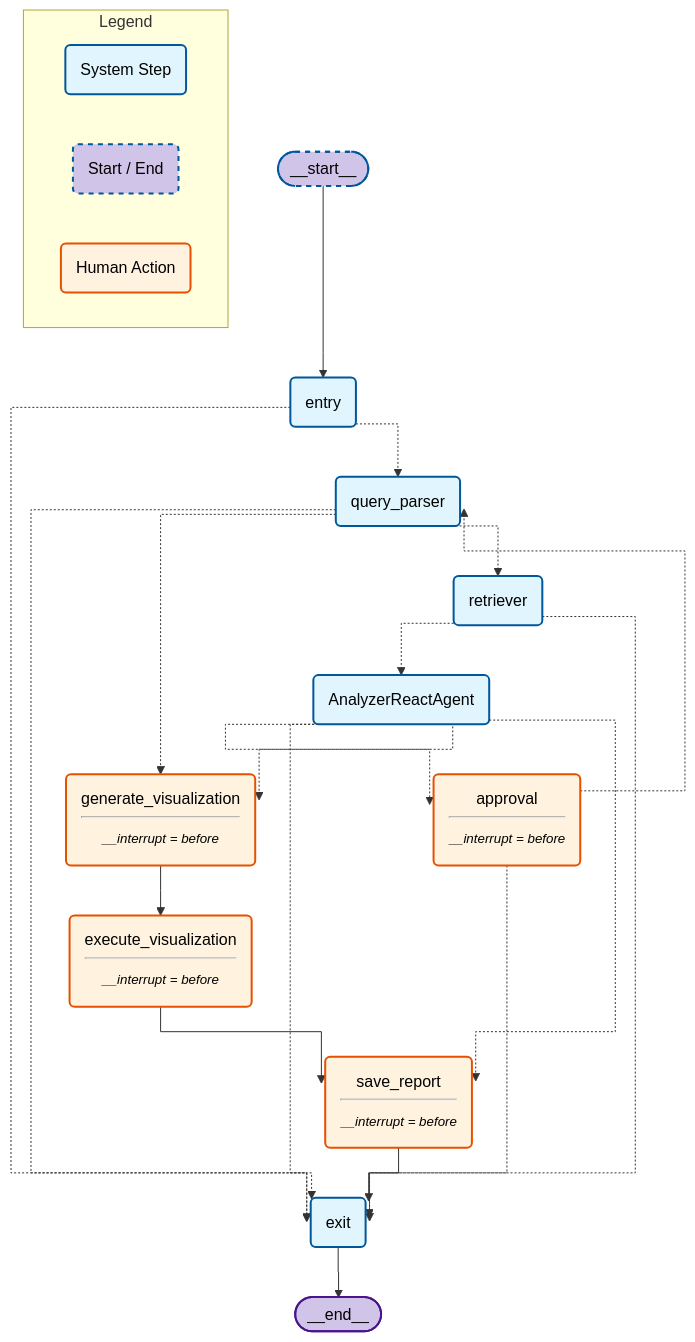
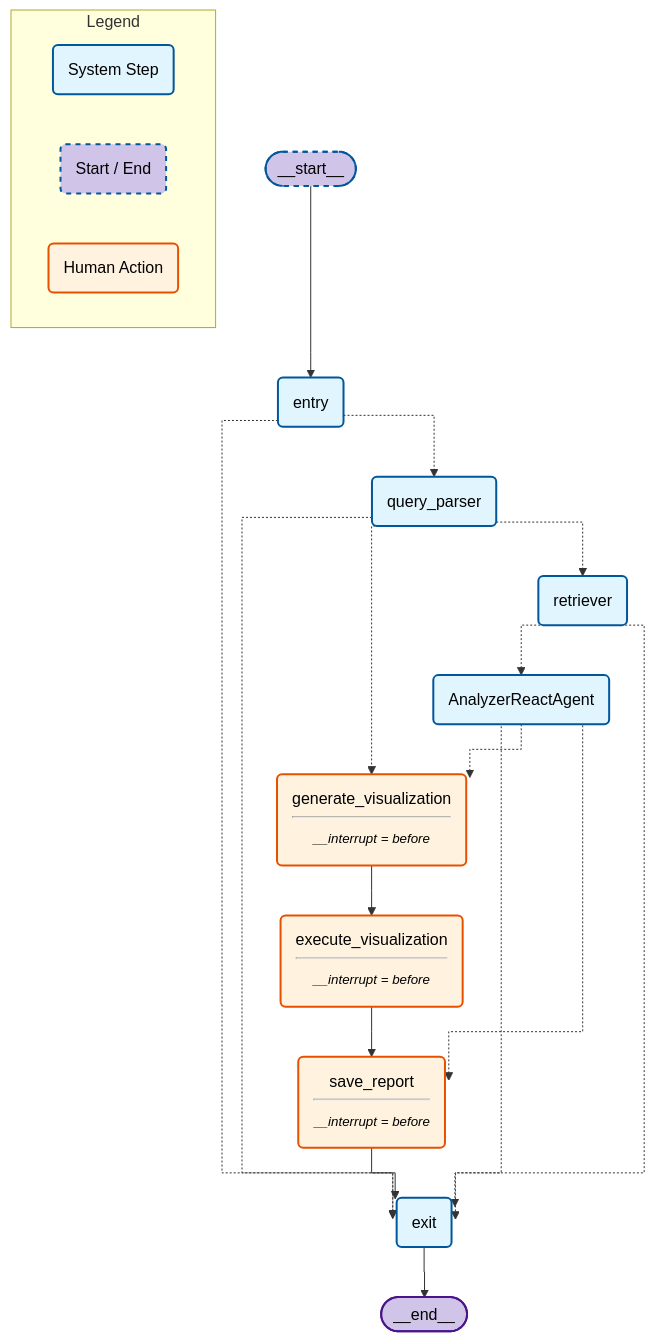
The diagram in README.md (maxo99/sportsagent), drawn with Mermaid before and after one commit. The commit also changed other lines of this file and 9 other files, not shown here.

Commit message:
feat: inclusion of HITL as middleware for react agent

````diff
--- a/README.md
+++ b/README.md
@@ -71,53 +22,49 @@
 ```mermaid
 ---
 config:
   flowchart:
     curve: stepAfter
 fontFamily: Arial
 look: handDrawn
 theme: neutral
 ---
 graph TD;
  __start__([<p>__start__</p>]):::first
  entry(entry)
  exit(exit)
  query_parser(query_parser)
  retriever(retriever)
  AnalyzerReactAgent(AnalyzerReactAgent)
  generate_visualization(generate_visualization<hr/><small><em>__interrupt = before</em></small>):::hitl
  execute_visualization(execute_visualization<hr/><small><em>__interrupt = before</em></small>):::hitl
  save_report(save_report<hr/><small><em>__interrupt = before</em></small>):::hitl
- approval(approval<hr/><small><em>__interrupt = before</em></small>):::hitl
  __end__([<p>__end__</p>]):::last
- AnalyzerReactAgent -.-> approval;
  AnalyzerReactAgent -.-> exit;
  AnalyzerReactAgent -.-> generate_visualization;
  AnalyzerReactAgent -.-> save_report;
  __start__ --> entry;
- approval -.-> exit;
- approval -.-> query_parser;
  entry -.-> exit;
  entry -.-> query_parser;
  execute_visualization --> save_report;
  generate_visualization --> execute_visualization;
  query_parser -.-> exit;
  query_parser -.-> generate_visualization;
  query_parser -.-> retriever;
  retriever -.-> AnalyzerReactAgent;
  retriever -.-> exit;
  save_report --> exit;
  exit --> __end__;
  classDef default fill:#E1F5FE,stroke:#01579B,stroke-width:2px,color:#000000,line-height:1.2
  classDef first fill:#D1C4E9,stroke-dasharray: 5 5,color:#000000
  classDef last fill:#D1C4E9,stroke:#4A148C,stroke-width:2px,color:#000000
 
  classDef hitl fill:#FFF3E0,stroke:#E65100,stroke-width:2px,color:#000000
 
     subgraph Legend
         direction LR
         L1(System Step):::default
         L2(Start / End):::first
         L3(Human Action):::hitl
     end
 
 ```
````
